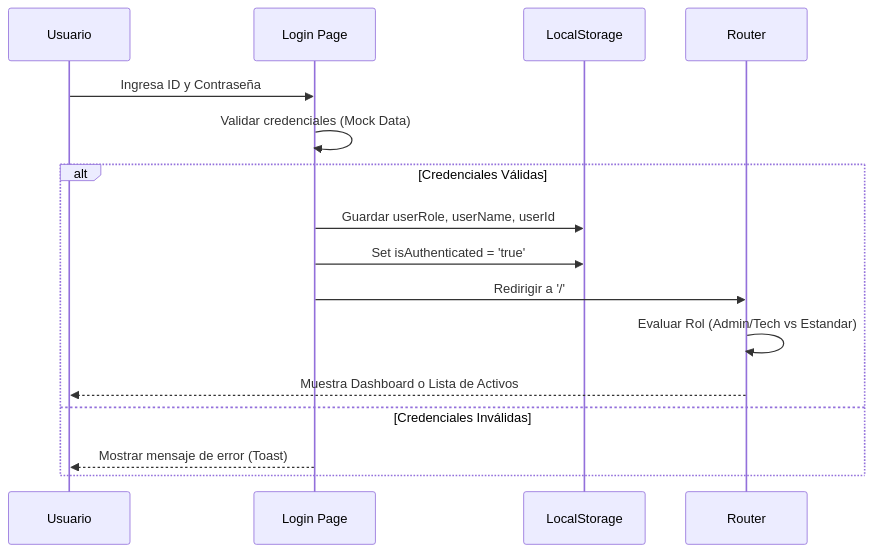
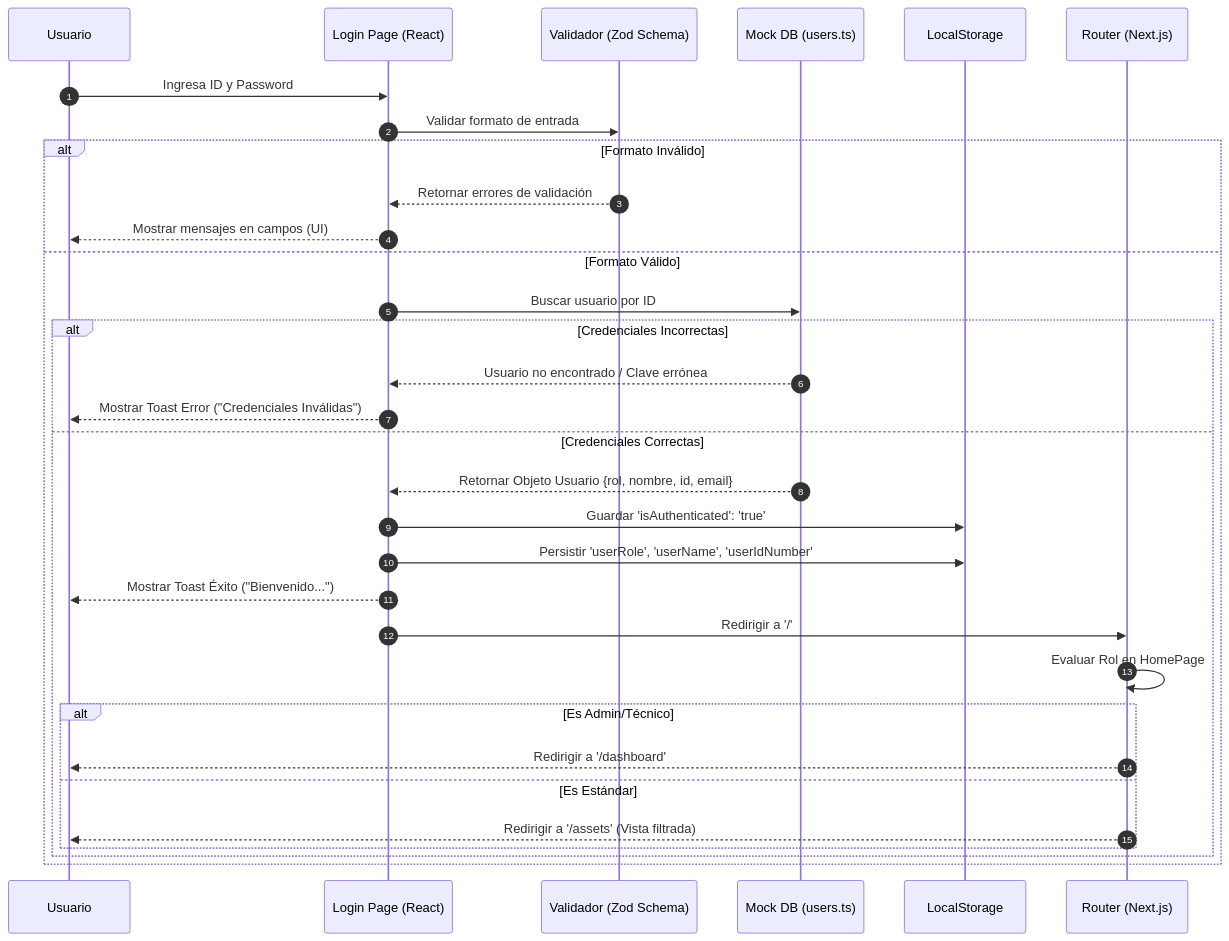
The first of 4 diagrams in DIAGRAMAS.md (KaicerPirata/Proyecto), drawn with Mermaid before and after one commit. The commit also changed other lines of this file, not shown here.

Commit message:
puedes hacer supremamente detallado estos diagramas que te pase ya que e

````diff
--- a/DIAGRAMAS.md
+++ b/DIAGRAMAS.md
@@ -9,20 +8,35 @@
 ```mermaid
 sequenceDiagram
-    participant Usuario
-    participant PantallaLogin as Login Page
-    participant Almacenamiento as LocalStorage
-    participant Navegador as Router
+    autonumber
+    participant U as Usuario
+    participant L as Login Page (React)
+    participant V as Validador (Zod Schema)
+    participant M as Mock DB (users.ts)
+    participant S as LocalStorage
+    participant R as Router (Next.js)
 
-    Usuario->>PantallaLogin: Ingresa ID y Contraseña
-    PantallaLogin->>PantallaLogin: Validar credenciales (Mock Data)
-    
-    alt Credenciales Válidas
-        PantallaLogin->>Almacenamiento: Guardar userRole, userName, userId
-        PantallaLogin->>Almacenamiento: Set isAuthenticated = 'true'
-        PantallaLogin->>Navegador: Redirigir a '/'
-        Navegador->>Navegador: Evaluar Rol (Admin/Tech vs Estandar)
-        Navegador-->>Usuario: Muestra Dashboard o Lista de Activos
-    else Credenciales Inválidas
-        PantallaLogin-->>Usuario: Mostrar mensaje de error (Toast)
+    U->>L: Ingresa ID y Password
+    L->>V: Validar formato de entrada
+    alt Formato Inválido
+        V-->>L: Retornar errores de validación
+        L-->>U: Mostrar mensajes en campos (UI)
+    else Formato Válido
+        L->>M: Buscar usuario por ID
+        alt Credenciales Incorrectas
+            M-->>L: Usuario no encontrado / Clave errónea
+            L-->>U: Mostrar Toast Error ("Credenciales Inválidas")
+        else Credenciales Correctas
+            M-->>L: Retornar Objeto Usuario {rol, nombre, id, email}
+            L->>S: Guardar 'isAuthenticated': 'true'
+            L->>S: Persistir 'userRole', 'userName', 'userIdNumber'
+            L-->>U: Mostrar Toast Éxito ("Bienvenido...")
+            L->>R: Redirigir a '/'
+            R->>R: Evaluar Rol en HomePage
+            alt Es Admin/Técnico
+                R-->>U: Redirigir a '/dashboard'
+            else Es Estándar
+                R-->>U: Redirigir a '/assets' (Vista filtrada)
+            end
+        end
     end
 ```
````
